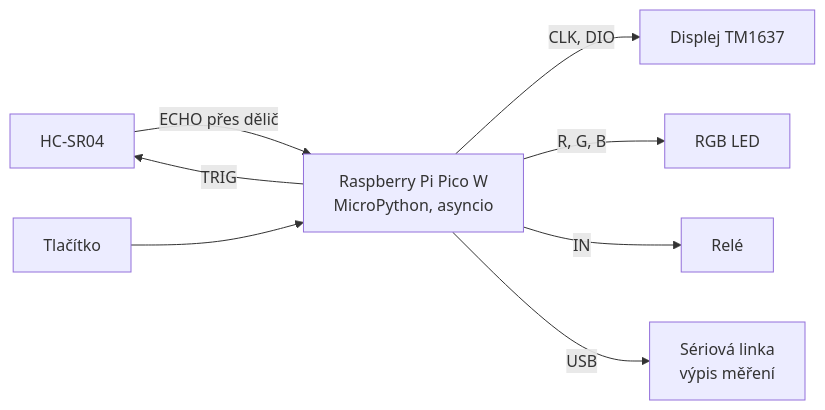
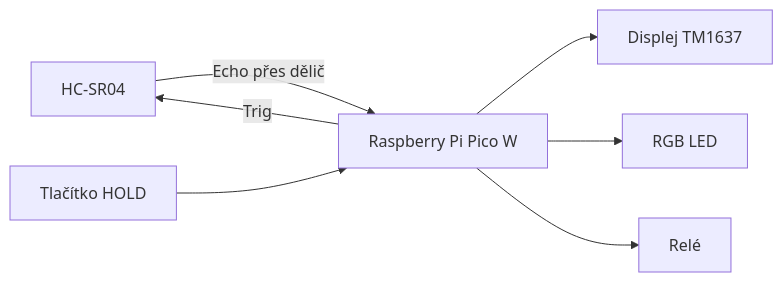
The diagram in README.md (macicek27/Ultrasonic-distance-instrument), drawn with Mermaid before and after one commit. The commit also changed other lines of this file, not shown here.

````diff
--- a/README.md
+++ b/README.md
@@ -46,11 +39,9 @@
 ```mermaid
 flowchart LR
-    US[HC-SR04] -- ECHO přes dělič --> PICO
-    PICO -- TRIG --> US
-    BTN[Tlačítko] --> PICO
-    PICO[Raspberry Pi Pico W<br/>MicroPython, asyncio]
-    PICO -- CLK, DIO --> DISP[Displej TM1637]
-    PICO -- R, G, B --> LED[RGB LED]
-    PICO -- IN --> REL[Relé]
-    PICO -- USB --> SER[Sériová linka<br/>výpis měření]
+    US[HC-SR04] -- Echo přes dělič --> PICO[Raspberry Pi Pico W]
+    PICO -- Trig --> US
+    BTN[Tlačítko HOLD] --> PICO
+    PICO --> DISP[Displej TM1637]
+    PICO --> LED[RGB LED]
+    PICO --> REL[Relé]
 ```
````
